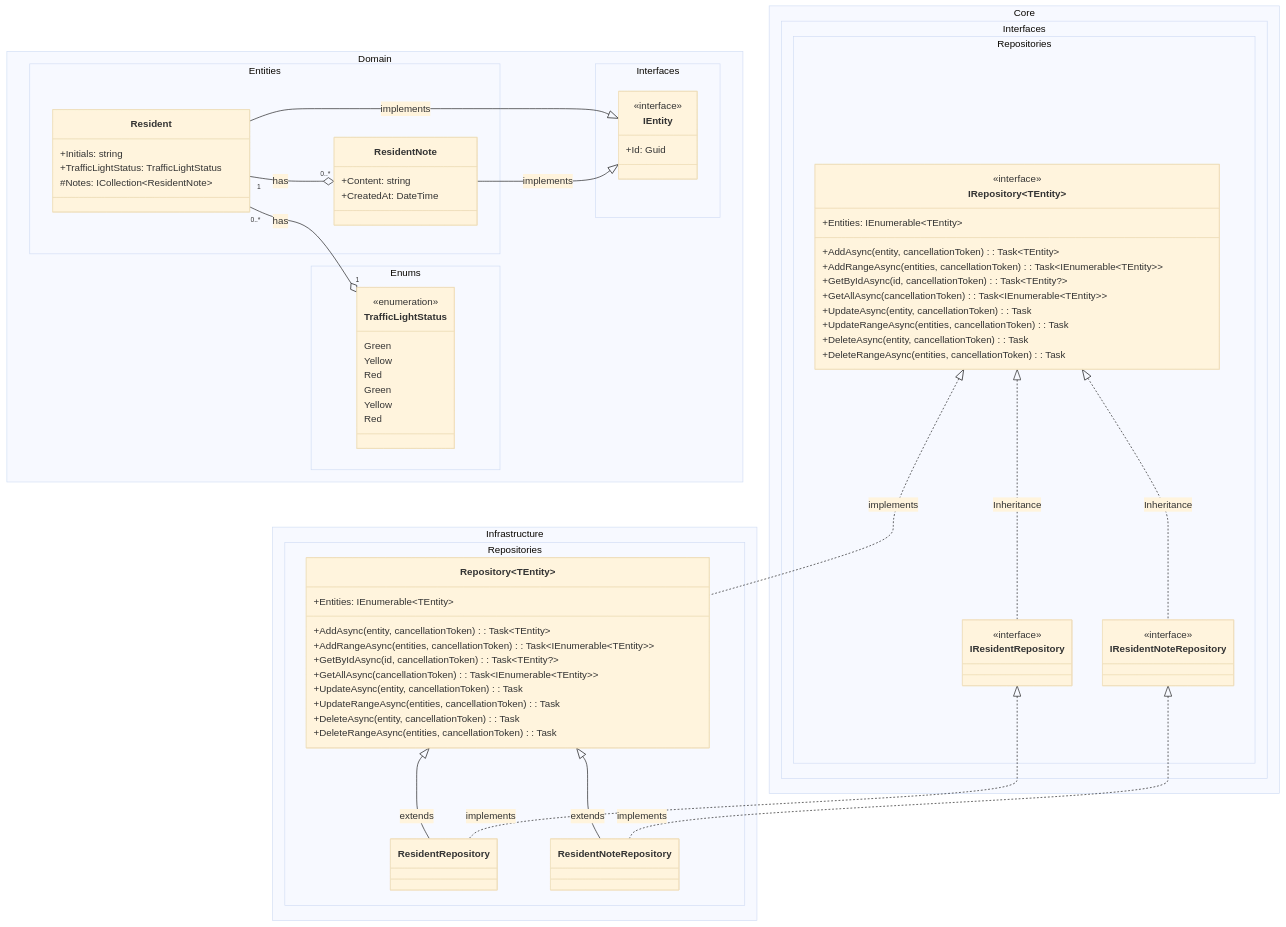
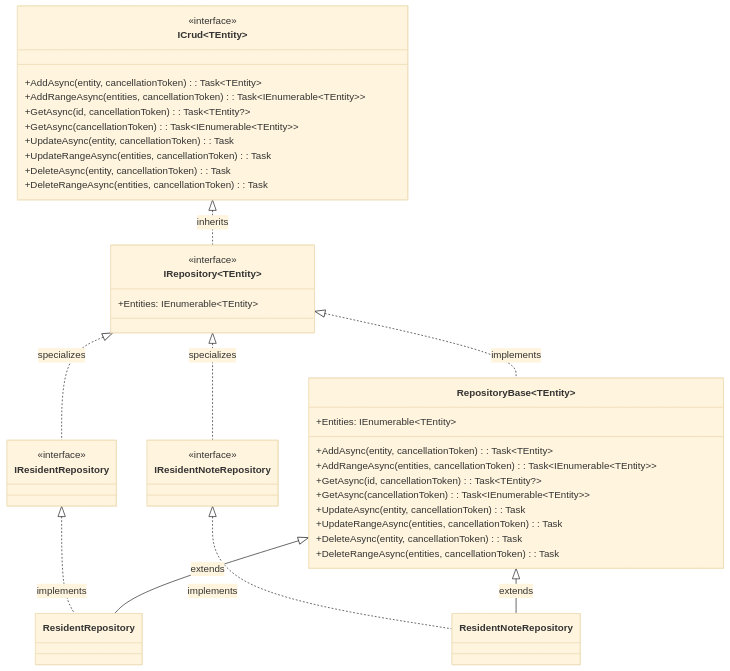
The second of 3 diagrams in docs/dcd.md (DMOoF25-Team6/Slottets-Drifttavlen), drawn with Mermaid (base theme) before and after one commit. The commit also changed other lines of this file and 11 other files, not shown here.

````diff
--- a/docs/dcd.md
+++ b/docs/dcd.md
@@ -18,102 +61,51 @@
 ```mermaid
-%% Design Class Diagram for Solution Repositories and Interfaces
+%% Repositories and Interfaces Class Diagram
 classDiagram
   direction TB
 
-  namespace Domain.Entities {
-    class Resident {
-      +Initials: string
-      +TrafficLightStatus: TrafficLightStatus
-      #Notes: ICollection~ResidentNote~
-    }
-    class TrafficLightStatus {
-      <<enumeration>>
-      Green
-      Yellow
-      Red
-    }
-    class ResidentNote {
-      +Content: string
-      +CreatedAt: DateTime
-    }
+  class ICrud~TEntity~ {
+    <<interface>>
+    +AddAsync(entity, cancellationToken): Task~TEntity~
+    +AddRangeAsync(entities, cancellationToken): Task~IEnumerable~TEntity~~
+    +GetAsync(id, cancellationToken): Task~TEntity?~
+    +GetAsync(cancellationToken): Task~IEnumerable~TEntity~~
+    +UpdateAsync(entity, cancellationToken): Task
+    +UpdateRangeAsync(entities, cancellationToken): Task
+    +DeleteAsync(entity, cancellationToken): Task
+    +DeleteRangeAsync(entities, cancellationToken): Task
+  }
+  class IRepository~TEntity~ {
+    <<interface>>
+    +Entities: IEnumerable~TEntity~
+  }
+  class IResidentRepository {
+    <<interface>>
+  }
+  class IResidentNoteRepository {
+    <<interface>>
+  }
+  class RepositoryBase~TEntity~ {
+    +Entities: IEnumerable~TEntity~
+    +AddAsync(entity, cancellationToken): Task~TEntity~
+    +AddRangeAsync(entities, cancellationToken): Task~IEnumerable~TEntity~~
+    +GetAsync(id, cancellationToken): Task~TEntity?~
+    +GetAsync(cancellationToken): Task~IEnumerable~TEntity~~
+    +UpdateAsync(entity, cancellationToken): Task
+    +UpdateRangeAsync(entities, cancellationToken): Task
+    +DeleteAsync(entity, cancellationToken): Task
+    +DeleteRangeAsync(entities, cancellationToken): Task
+  }
+  class ResidentRepository {
+  }
+  class ResidentNoteRepository {
   }
 
-  namespace Domain.Enums {
-    class TrafficLightStatus {
-      <<enumeration>>
-      Green
-      Yellow
-      Red
-    }
-  }
-
-  namespace Domain.Interfaces {
-    class IEntity {
-      <<interface>>
-      +Id: Guid
-    }
-  }
-
-  namespace Core.Interfaces.Repositories {
-    class IRepository~TEntity~ {
-      <<interface>>
-      +Entities: IEnumerable~TEntity~
-      +AddAsync(entity, cancellationToken): Task~TEntity~
-      +AddRangeAsync(entities, cancellationToken): Task~IEnumerable~TEntity~~
-      +GetByIdAsync(id, cancellationToken): Task~TEntity?~
-      +GetAllAsync(cancellationToken): Task~IEnumerable~TEntity~~
-      +UpdateAsync(entity, cancellationToken): Task
-      +UpdateRangeAsync(entities, cancellationToken): Task
-      +DeleteAsync(entity, cancellationToken): Task
-      +DeleteRangeAsync(entities, cancellationToken): Task
-    }
-    class IResidentRepository {
-      <<interface>>
-    }
-    class IResidentNoteRepository {
-      <<interface>>
-    }
-  }
-
-  namespace Infrastructure.Repositories {
-    class Repository~TEntity~ {
-      +Entities: IEnumerable~TEntity~
-      +AddAsync(entity, cancellationToken): Task~TEntity~
-      +AddRangeAsync(entities, cancellationToken): Task~IEnumerable~TEntity~~
-      +GetByIdAsync(id, cancellationToken): Task~TEntity?~
-      +GetAllAsync(cancellationToken): Task~IEnumerable~TEntity~~
-      +UpdateAsync(entity, cancellationToken): Task
-      +UpdateRangeAsync(entities, cancellationToken): Task
-      +DeleteAsync(entity, cancellationToken): Task
-      +DeleteRangeAsync(entities, cancellationToken): Task
-    }
-    class ResidentRepository {
-    }
-    class ResidentNoteRepository {
-    }
-  }
-
-  %% Associations
-  Resident "0..*" --o "1" TrafficLightStatus : has
-  Resident "1" --o "0..*" ResidentNote : has
-
-  %% Repository Associations
-  Repository~TEntity~ <|-- ResidentRepository : extends
-  Repository~TEntity~ <|-- ResidentNoteRepository : extends
-  
-  %% Interface Implementations
-  IRepository~TEntity~ <|.. Repository~TEntity~ : implements
+  ICrud~TEntity~ <|.. IRepository~TEntity~ : inherits
+  IRepository~TEntity~ <|.. RepositoryBase~TEntity~ : implements
+  IRepository~TEntity~ <|.. IResidentRepository : specializes
+  IRepository~TEntity~ <|.. IResidentNoteRepository : specializes
   IResidentRepository <|.. ResidentRepository : implements
   IResidentNoteRepository <|.. ResidentNoteRepository : implements
-  
-  %% Interface Inheritance
-  IRepository~TEntity~ <|.. IResidentRepository : Inheritance
-  IRepository~TEntity~ <|.. IResidentNoteRepository : Inheritance
-
-  %% Inheritance and Implementation
-  Resident --|> IEntity : implements
-  ResidentNote --|> IEntity : implements
-
-  %% Service Dependencies
-
+  RepositoryBase~TEntity~ <|-- ResidentRepository : extends
+  RepositoryBase~TEntity~ <|-- ResidentNoteRepository : extends
 ```
````
